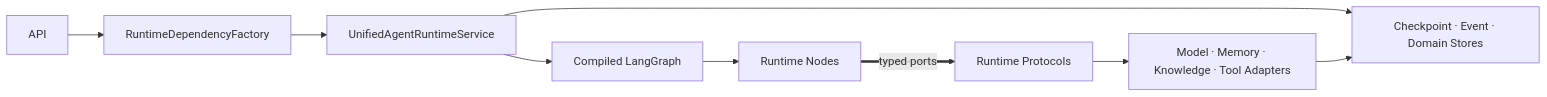
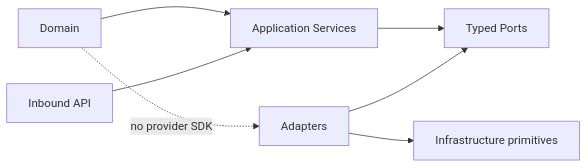
Before and after one commit to ProfessorZhi/Zuno: the fifth of 30 diagrams in docs/architecture/architecture-views.md, drawn with Mermaid. The commit also changed other lines of this file and 14 other files, not shown here.

Commit message:
docs: align total architecture with canonical module designs

````diff
--- a/docs/architecture/architecture-views.md
+++ b/docs/architecture/architecture-views.md
@@ -114,11 +78,9 @@
 ```mermaid
 flowchart LR
-  API --> Factory[RuntimeDependencyFactory]
-  Factory --> Service[UnifiedAgentRuntimeService]
-  Service --> Graph[Compiled LangGraph]
-  Graph --> Nodes[Runtime Nodes]
-  Nodes ==>|typed ports| Protocols[Runtime Protocols]
-  Protocols --> Adapters[Model · Memory · Knowledge · Tool Adapters]
-  Service --> Stores[Checkpoint · Event · Domain Stores]
-  Adapters --> Stores
+  Domain[Domain] --> Application[Application Services]
+  Application --> Ports[Typed Ports]
+  Adapters[Adapters] --> Ports
+  Adapters --> Platform[Infrastructure primitives]
+  API[Inbound API] --> Application
+  Domain -.->|no provider SDK| Adapters
 ```
````
